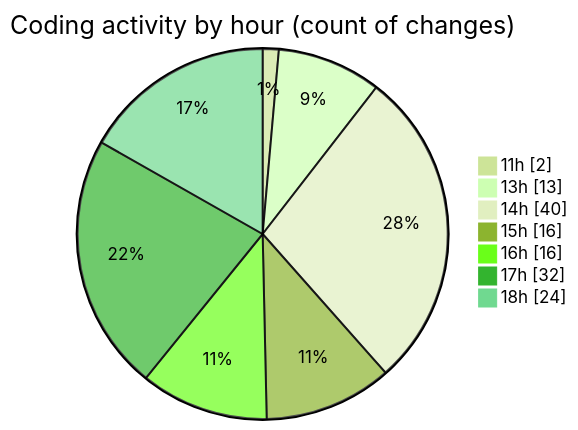
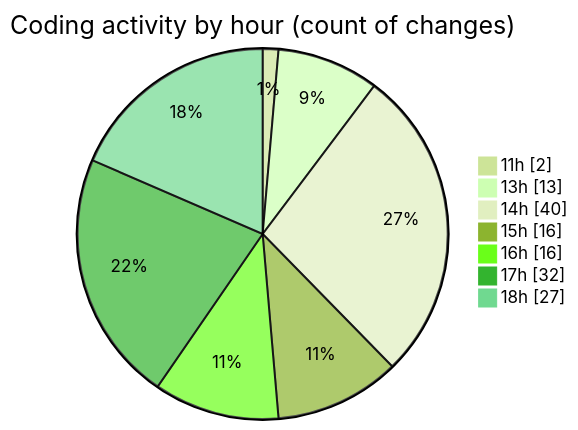
Before and after one commit to nxtqubesakshisongat/code-tracking: the second of 2 diagrams in 2026-03-22/nxtqube_webapp/README.md, drawn with Mermaid (forest theme). The commit also changed other lines of this file and 1 other file, not shown here.

````diff
--- a/2026-03-22/nxtqube_webapp/README.md
+++ b/2026-03-22/nxtqube_webapp/README.md
@@ -49,11 +52,11 @@
 ```mermaid
 pie showData
 title Coding activity by hour (count of changes)
 "11h" : 2
 "13h" : 13
 "14h" : 40
 "15h" : 16
 "16h" : 16
 "17h" : 32
-"18h" : 24
+"18h" : 27
 ```
````
